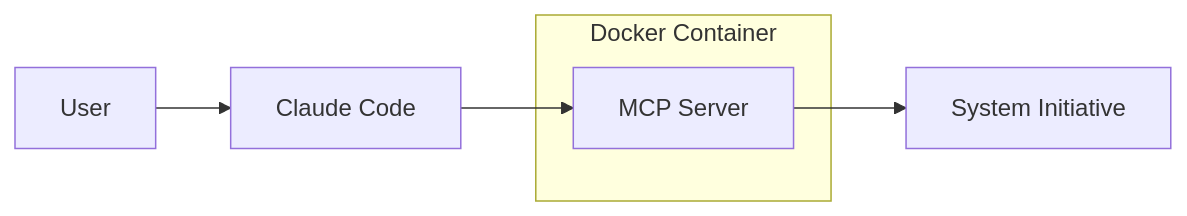
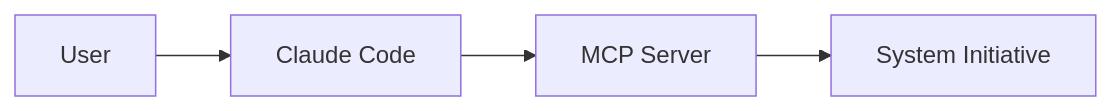
Before and after one commit to systeminit/si: the diagram in app/docs/src/reference/ai-agent.md, drawn with Mermaid. The commit also changed other lines of this file, not shown here.

````diff
--- a/app/docs/src/reference/ai-agent.md
+++ b/app/docs/src/reference/ai-agent.md
@@ -9,10 +16,6 @@
 ```mermaid
 graph LR
     A[User] --> B[Claude Code]
-    B --> C
+    B --> C[MCP Server]
     C --> D[System Initiative]
-
-    subgraph Docker Container
-        C[MCP Server]
-    end
 ```
````
